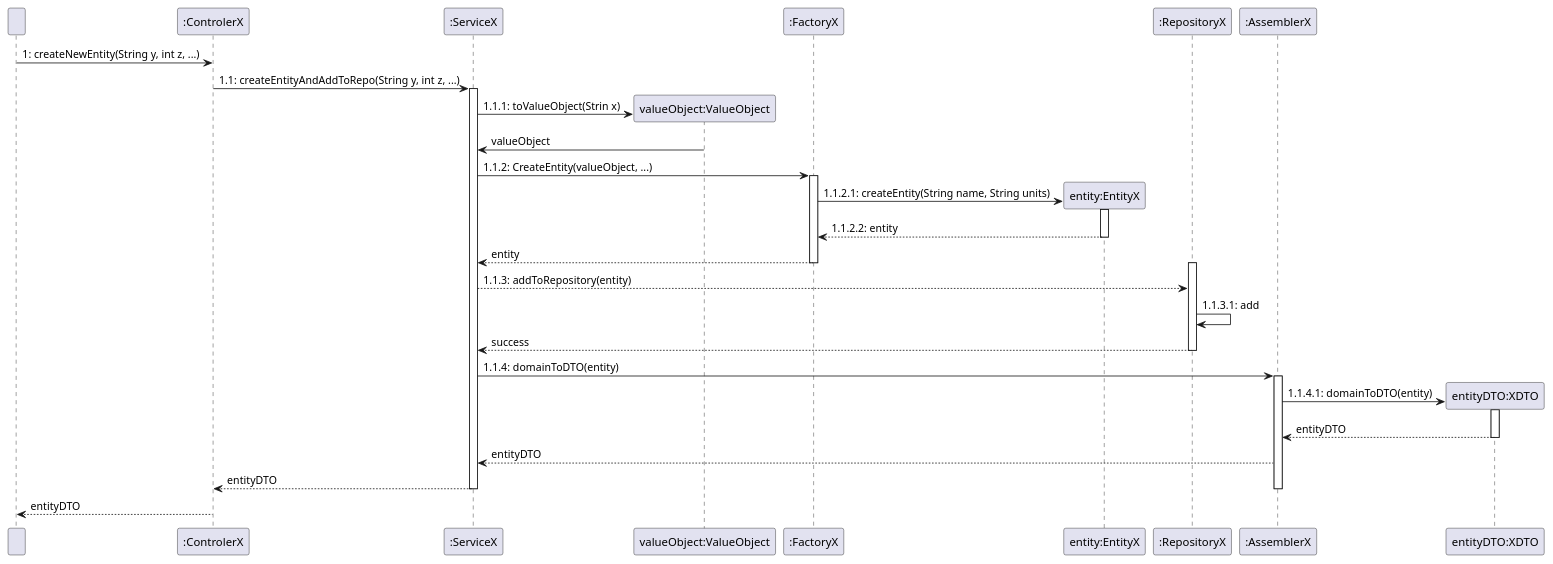
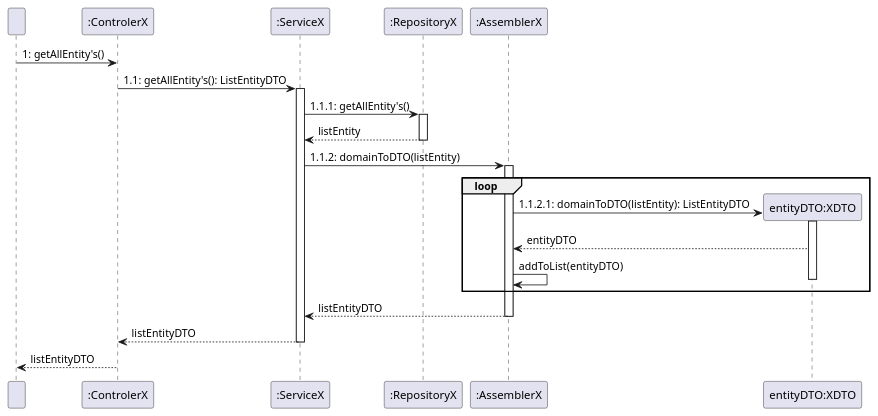
The diagram in docs/ood/generalSequenceDiagrams/CreateEntity.puml (olivDiogo/SmartHome), drawn with PlantUML before and after one commit. The commit also changed 3 other files, not shown here.

Commit message:
Added Get all entity general diagram

```diff
--- a/docs/ood/generalSequenceDiagrams/CreateEntity.puml
+++ b/docs/ood/generalSequenceDiagrams/CreateEntity.puml
@@ -1,50 +1,33 @@
 @startuml
 participant "  " as User
 participant ":ControlerX" as Controller
 participant ":ServiceX" as Service
-participant "valueObject:ValueObject" as ValueObject
-participant ":FactoryX" as Factory
-participant "entity:EntityX" as Entity
 participant ":RepositoryX" as Repository
 participant ":AssemblerX" as Assembler
 participant "entityDTO:XDTO" as DTO
 
 
-User -> Controller: 1: createNewEntity(String y, int z, ...)
-Controller -> Service: 1.1: createEntityAndAddToRepo(String y, int z, ...)
+User -> Controller: 1: getAllEntity's()
+Controller -> Service: 1.1: getAllEntity's(): ListEntityDTO
 activate Service
-create ValueObject
-Service -> ValueObject: 1.1.1: toValueObject(Strin x)
-
-ValueObject -> Service: valueObject
-deactivate ValueObject
-Service -> Factory: 1.1.2: CreateEntity(valueObject, ...)
-activate Factory
-
-create Entity
-Factory -> Entity: 1.1.2.1: createEntity(String name, String units)
-activate Entity
-Entity --> Factory: 1.1.2.2: entity
-deactivate Entity
-Factory --> Service: entity
-deactivate Factory
+Service -> Repository: 1.1.1: getAllEntity's()
 activate Repository
-Service --> Repository: 1.1.3: addToRepository(entity)
-Repository -> Repository: 1.1.3.1: add
-Repository --> Service: success
+Repository --> Service: listEntity
 deactivate Repository
-Service -> Assembler: 1.1.4: domainToDTO(entity)
-
+Service -> Assembler: 1.1.2: domainToDTO(listEntity)
 activate Assembler
 create DTO
-Assembler -> DTO: 1.1.4.1: domainToDTO(entity)
+loop
+Assembler -> DTO: 1.1.2.1: domainToDTO(listEntity): ListEntityDTO
 activate DTO
 DTO --> Assembler: entityDTO
+Assembler -> Assembler: addToList(entityDTO)
 deactivate DTO
-Assembler --> Service: entityDTO
-Service --> Controller: entityDTO
+end
+Assembler --> Service: listEntityDTO
+deactivate Assembler
+Service --> Controller: listEntityDTO
 deactivate Service
-deactivate Assembler
-Controller --> User: entityDTO
+Controller --> User: listEntityDTO
 
 @enduml
```
